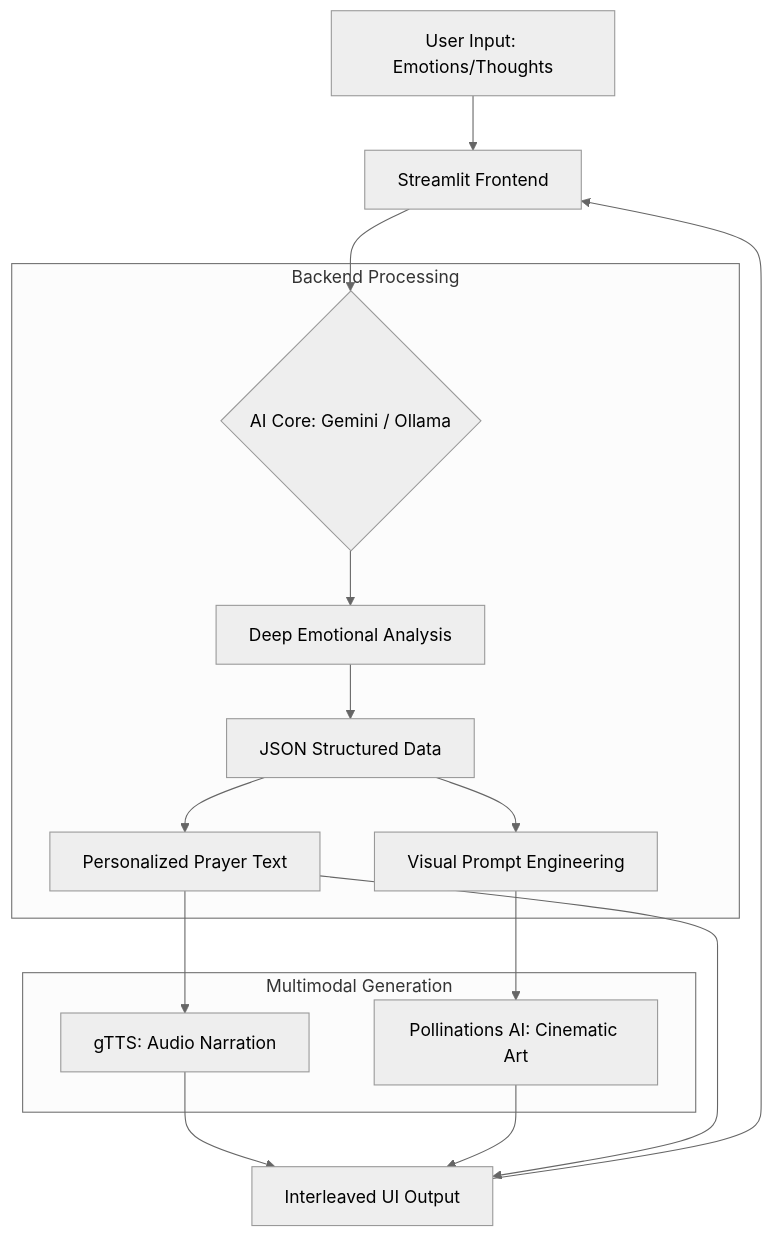
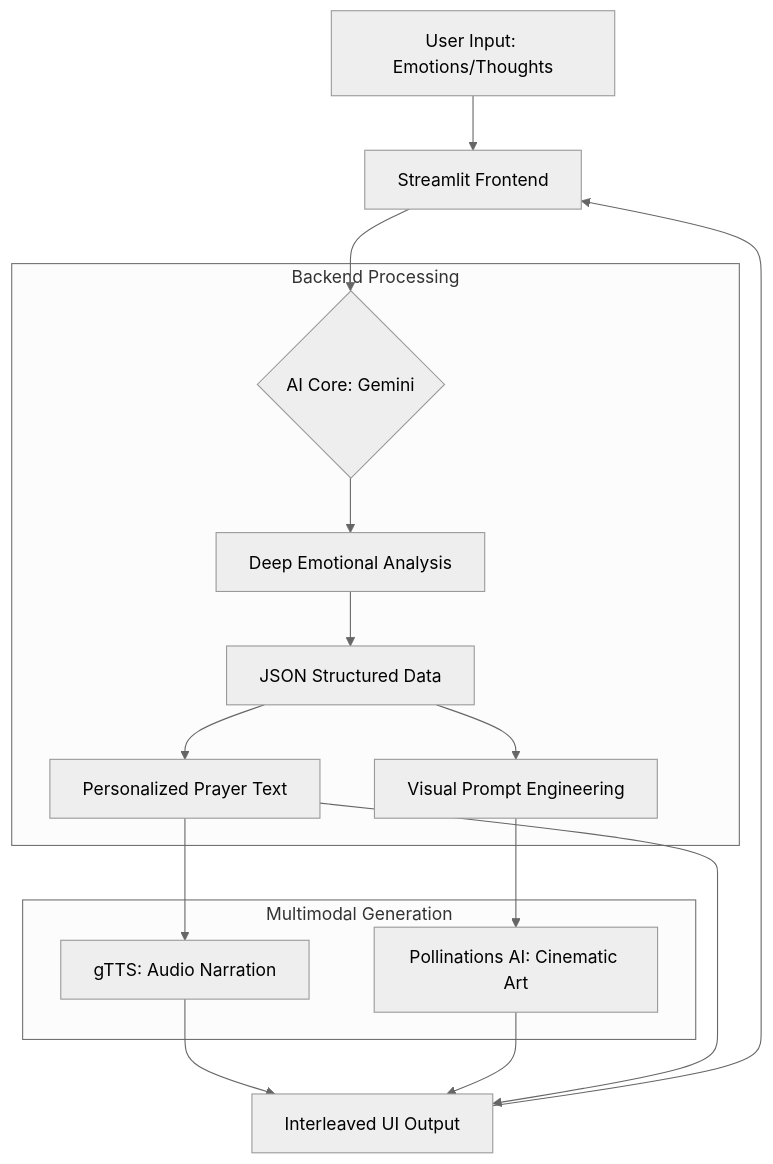
One commit to BetulTerzioglu/prayer-app changed the diagram in README.md. Above: the diagram before and after it, drawn with Mermaid (neutral theme).

Commit message:
diagram added

````diff
--- a/README.md
+++ b/README.md
@@ -23,22 +23,22 @@
 ```mermaid
 graph TD
     A[User Input: Emotions/Thoughts] --> B[Streamlit Frontend]
-    B --> C{AI Core: Gemini / Ollama}
+    B --> C{AI Core: Gemini}
     
     subgraph "Backend Processing"
     C --> D[Deep Emotional Analysis]
     D --> E[JSON Structured Data]
     E --> F[Personalized Prayer Text]
     E --> G[Visual Prompt Engineering]
     end
     
     subgraph "Multimodal Generation"
     F --> H[gTTS: Audio Narration]
     G --> I[Pollinations AI: Cinematic Art]
     end
     
     H --> J[Interleaved UI Output]
     I --> J
     F --> J
     J --> B
 ```
````
